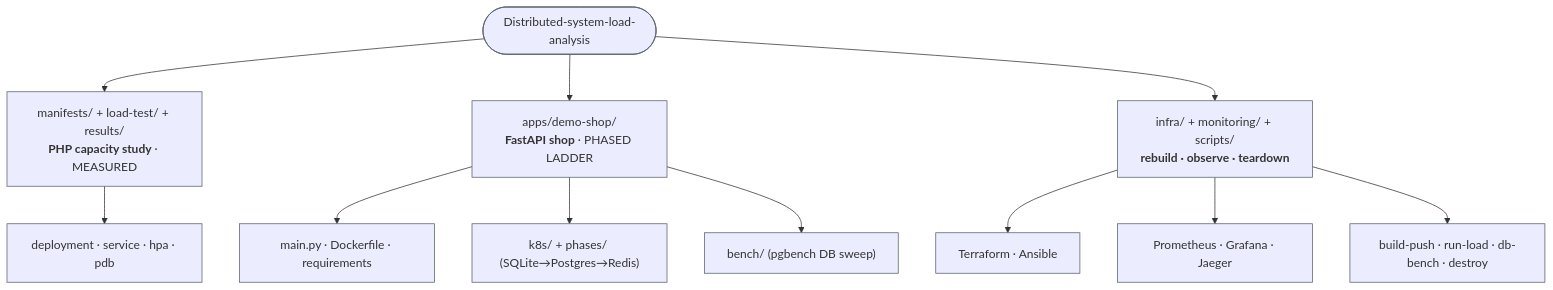
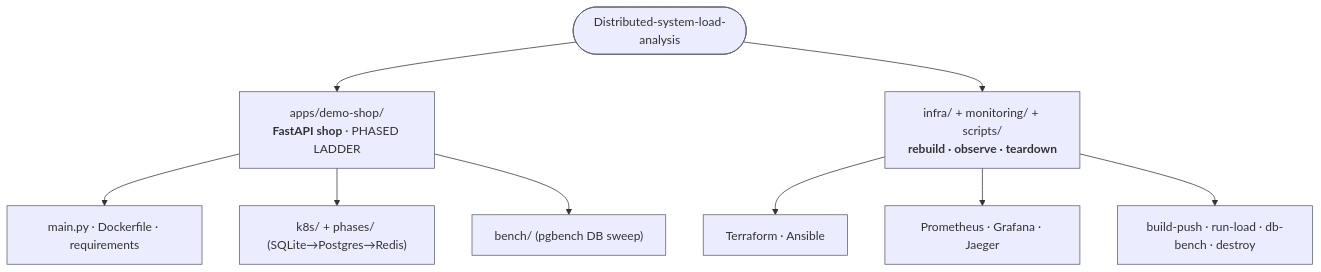
Before and after one commit to Ansh-dhanani/Distributed-system-load-analysis: the second of 9 diagrams in README.md, drawn with Mermaid. The commit also changed other lines of this file and 17 other files, not shown here.

````diff
--- a/README.md
+++ b/README.md
@@ -58,17 +51,15 @@
 ```mermaid
 flowchart TB
     ROOT(["Distributed-system-load-analysis"])
 
-    ROOT --> STUDY["manifests/ + load-test/ + results/<br/><b>PHP capacity study</b> · MEASURED"]
     ROOT --> LAB["apps/demo-shop/<br/><b>FastAPI shop</b> · PHASED LADDER"]
     ROOT --> OPS["infra/ + monitoring/ + scripts/<br/><b>rebuild · observe · teardown</b>"]
 
-    STUDY --> S1["deployment · service · hpa · pdb"]
     LAB --> L1["main.py · Dockerfile · requirements"]
     LAB --> L2["k8s/ + phases/ (SQLite→Postgres→Redis)"]
     LAB --> L3["bench/ (pgbench DB sweep)"]
     OPS --> O1["Terraform · Ansible"]
     OPS --> O2["Prometheus · Grafana · Jaeger"]
     OPS --> O3["build-push · run-load · db-bench · destroy"]
     classDef default stroke:#57606a;
 ```
````
